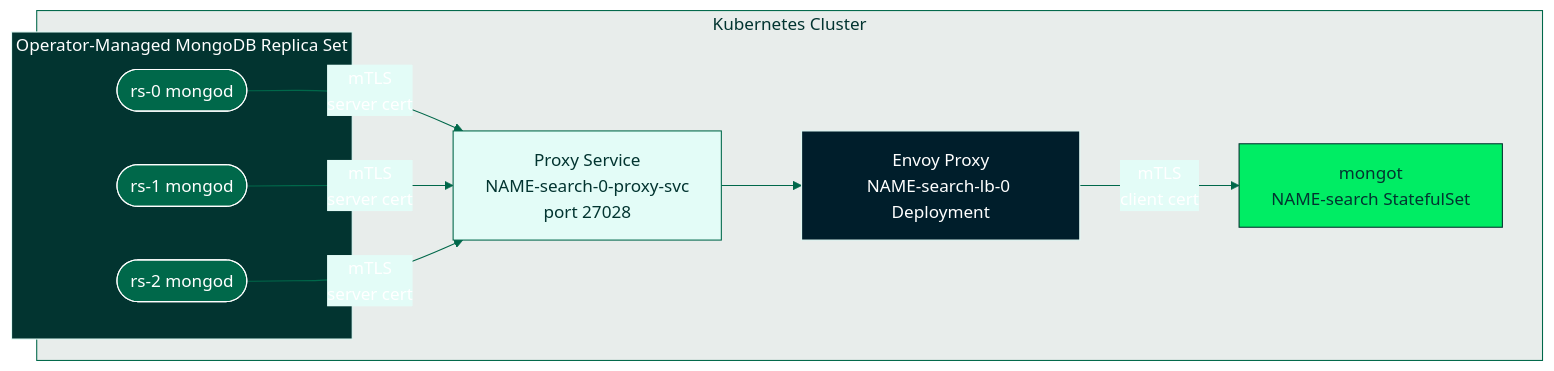
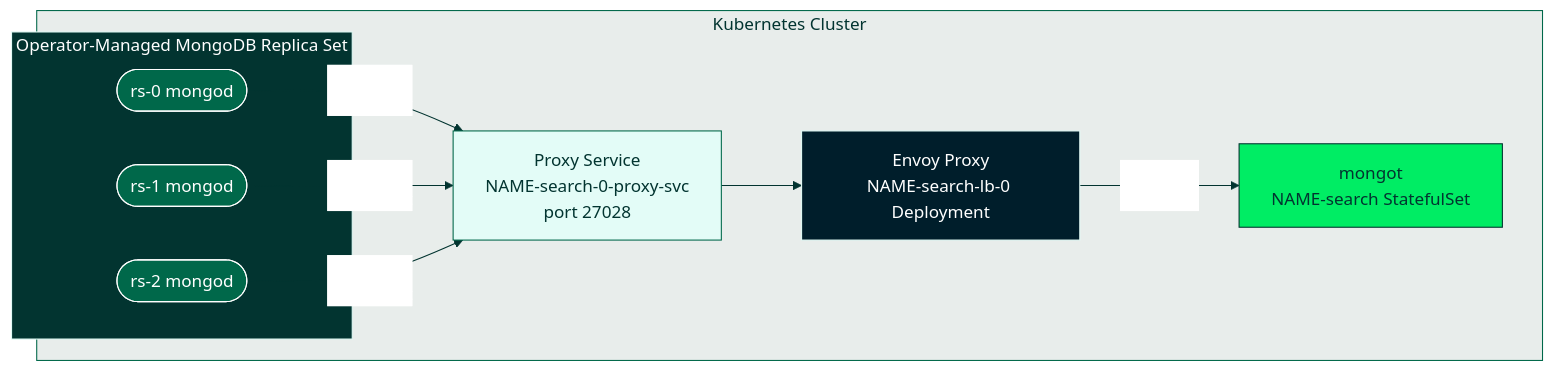
The first of 2 diagrams in docs/search/11-search-rs-mongod-managed-lb/README.md (mongodb/mongodb-kubernetes), drawn with Mermaid before and after one commit. The commit also changed 3 other files, not shown here.

Commit message:
Improve Mermaid edge label readability: darker lines, white label background

````diff
--- a/docs/search/11-search-rs-mongod-managed-lb/README.md
+++ b/docs/search/11-search-rs-mongod-managed-lb/README.md
@@ -23,40 +23,41 @@
 ```mermaid
 ---
 config:
   theme: base
   themeVariables:
     primaryColor: "#00684A"
     primaryTextColor: "#fff"
     primaryBorderColor: "#023430"
-    lineColor: "#00684A"
+    lineColor: "#023430"
+    edgeLabelBackground: "#fff"
     secondaryColor: "#E3FCF7"
     tertiaryColor: "#F9FBFA"
 ---
 graph TD
     subgraph k8s["Kubernetes Cluster"]
         subgraph mdb["Operator-Managed MongoDB Replica Set"]
             rs0(["rs-0 mongod"])
             rs1(["rs-1 mongod"])
             rs2(["rs-2 mongod"])
         end
 
         ps["Proxy Service\nNAME-search-0-proxy-svc\nport 27028"]
         envoy["Envoy Proxy\nNAME-search-lb-0 Deployment"]
         mongot["mongot\nNAME-search StatefulSet"]
     end
 
     rs0 -- "mTLS\nserver cert" --> ps
     rs1 -- "mTLS\nserver cert" --> ps
     rs2 -- "mTLS\nserver cert" --> ps
     ps --> envoy
     envoy -- "mTLS\nclient cert" --> mongot
 
     style rs0 fill:#00684A,stroke:#fff,color:#fff
     style rs1 fill:#00684A,stroke:#fff,color:#fff
     style rs2 fill:#00684A,stroke:#fff,color:#fff
     style ps fill:#E3FCF7,stroke:#00684A,color:#023430
     style envoy fill:#001E2B,stroke:#E3FCF7,color:#fff
     style mongot fill:#00ED64,stroke:#023430,color:#023430
     style k8s fill:#E8EDEB,stroke:#00684A,color:#023430
     style mdb fill:#023430,stroke:#E3FCF7,color:#fff
 ```
````
